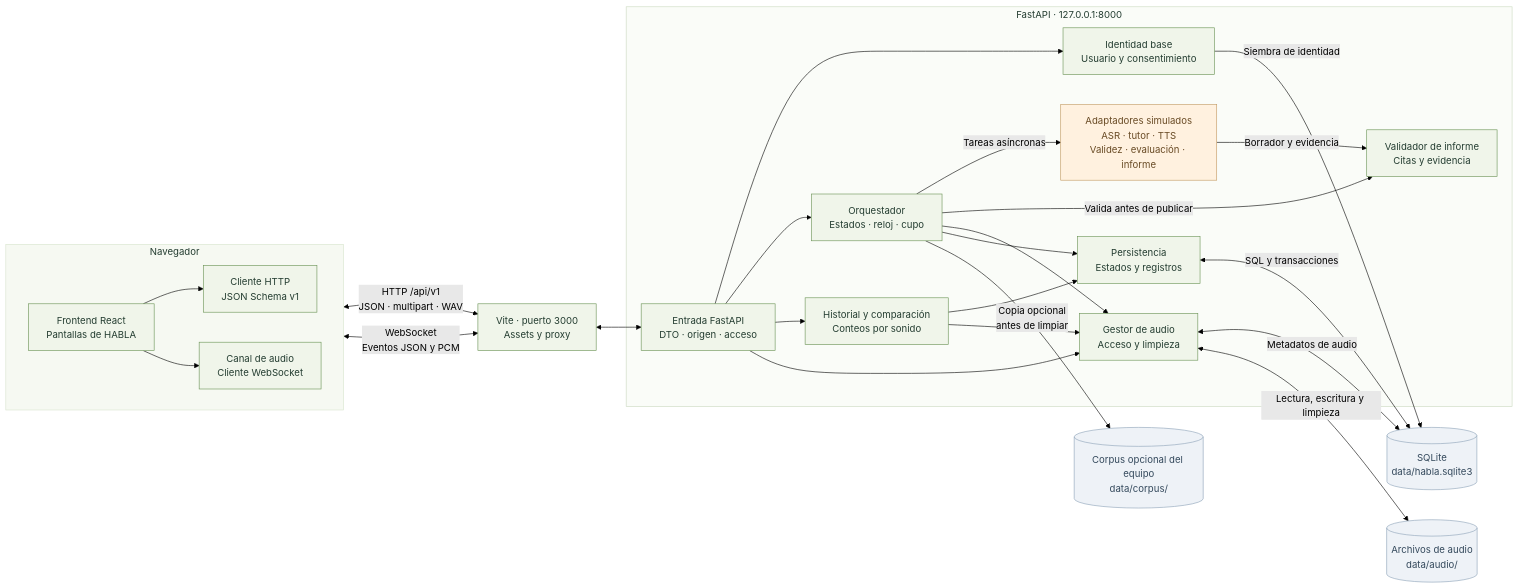
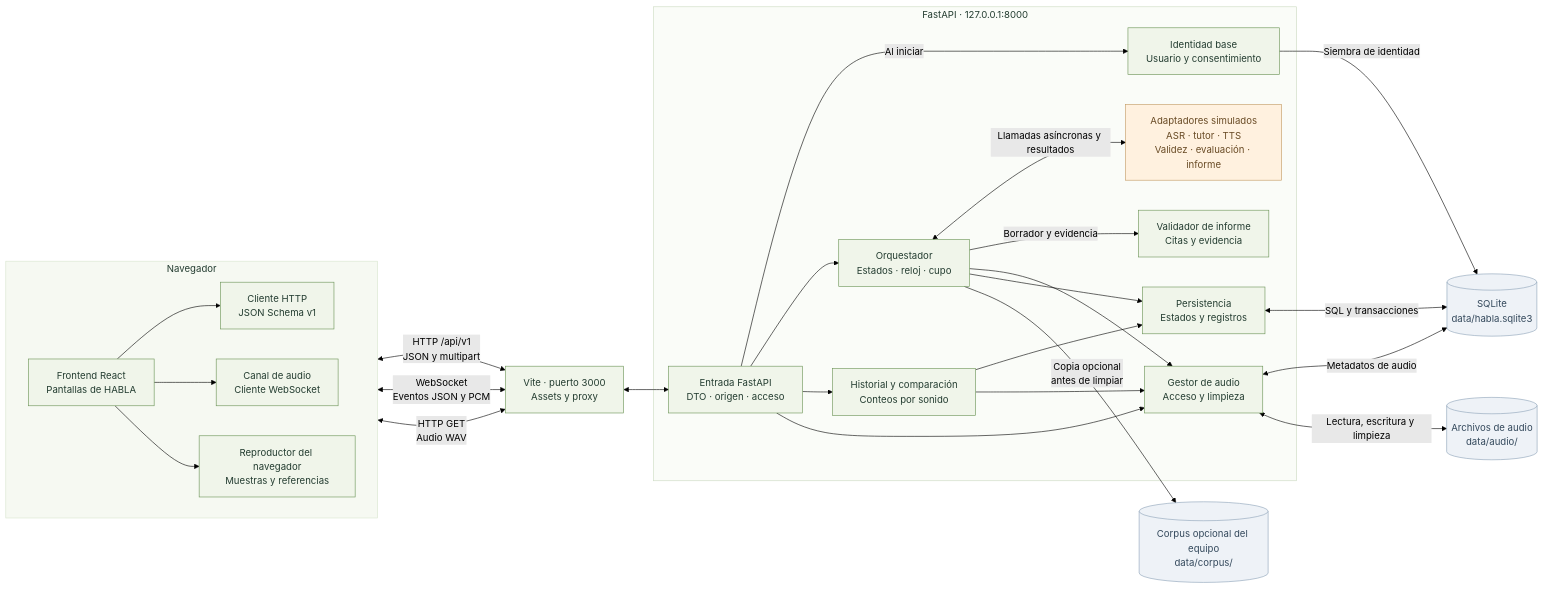
One commit to ivantdev/habla changed the diagram in docs/architecture/COMPONENTS.mmd. Above: the diagram before and after it, drawn with Mermaid (forest theme). The commit also changed 4 other files, not shown here.

First line of the commit message:
docs: incorpora el diagrama de componentes en el README

```diff
--- a/docs/architecture/COMPONENTS.mmd
+++ b/docs/architecture/COMPONENTS.mmd
@@ -1,50 +1,52 @@
 flowchart LR
   subgraph browser["Navegador"]
     direction LR
     UI["Frontend React<br/>Pantallas de HABLA"]
     CLIENT["Cliente HTTP<br/>JSON Schema v1"]
     STREAM["Canal de audio<br/>Cliente WebSocket"]
+    PLAYER["Reproductor del navegador<br/>Muestras y referencias"]
     UI --> CLIENT
     UI --> STREAM
+    UI --> PLAYER
   end
   VITE["Vite · puerto 3000<br/>Assets y proxy"]
-  CLIENT <-->|"HTTP /api/v1<br/>JSON · multipart · WAV"| VITE
+  CLIENT <-->|"HTTP /api/v1<br/>JSON y multipart"| VITE
   STREAM <-->|"WebSocket<br/>Eventos JSON y PCM"| VITE
+  PLAYER <-->|"HTTP GET<br/>Audio WAV"| VITE
   subgraph backend["FastAPI · 127.0.0.1:8000"]
     API["Entrada FastAPI<br/>DTO · origen · acceso"]
     ID["Identidad base<br/>Usuario y consentimiento"]
     ORCH["Orquestador<br/>Estados · reloj · cupo"]
     SIM["Adaptadores simulados<br/>ASR · tutor · TTS<br/>Validez · evaluación · informe"]
     REPORT["Validador de informe<br/>Citas y evidencia"]
     HISTORY["Historial y comparación<br/>Conteos por sonido"]
     AUDIO["Gestor de audio<br/>Acceso y limpieza"]
     STORE["Persistencia<br/>Estados y registros"]
-    API --> ID
+    API -->|"Al iniciar"| ID
     API --> ORCH
     API --> HISTORY
     API --> AUDIO
-    ORCH -->|"Tareas asíncronas"| SIM
-    SIM -->|"Borrador y evidencia"| REPORT
-    ORCH -->|"Valida antes de publicar"| REPORT
+    ORCH <-->|"Llamadas asíncronas y resultados"| SIM
+    ORCH -->|"Borrador y evidencia"| REPORT
     ORCH --> AUDIO
     ORCH --> STORE
     HISTORY --> STORE
     HISTORY --> AUDIO
   end
   VITE <--> API
   DB[("SQLite<br/>data/habla.sqlite3")]
   FILES[("Archivos de audio<br/>data/audio/")]
   CORPUS[("Corpus opcional del equipo<br/>data/corpus/")]
   STORE <-->|"SQL y transacciones"| DB
   ID -->|"Siembra de identidad"| DB
   AUDIO <-->|"Metadatos de audio"| DB
   AUDIO <-->|"Lectura, escritura y limpieza"| FILES
   ORCH -->|"Copia opcional<br/>antes de limpiar"| CORPUS
   classDef implemented fill:#f0f5ea,stroke:#699254,color:#243d31
   classDef simulated fill:#fff1df,stroke:#c29961,color:#694b25
   classDef storage fill:#eef2f7,stroke:#8ca2b7,color:#34495c
-  class UI,CLIENT,STREAM,VITE,API,ID,ORCH,REPORT,HISTORY,AUDIO,STORE implemented
+  class UI,CLIENT,STREAM,PLAYER,VITE,API,ID,ORCH,REPORT,HISTORY,AUDIO,STORE implemented
   class SIM simulated
   class DB,FILES,CORPUS storage
   style browser fill:#f6f9f2,stroke:#d8e4ce,color:#243d31
   style backend fill:#fafcf8,stroke:#cbdac0,color:#243d31
```
